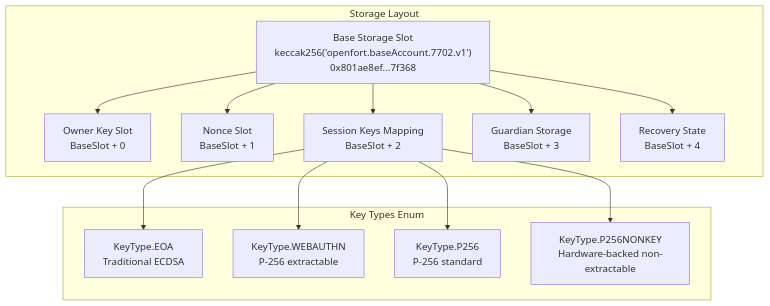
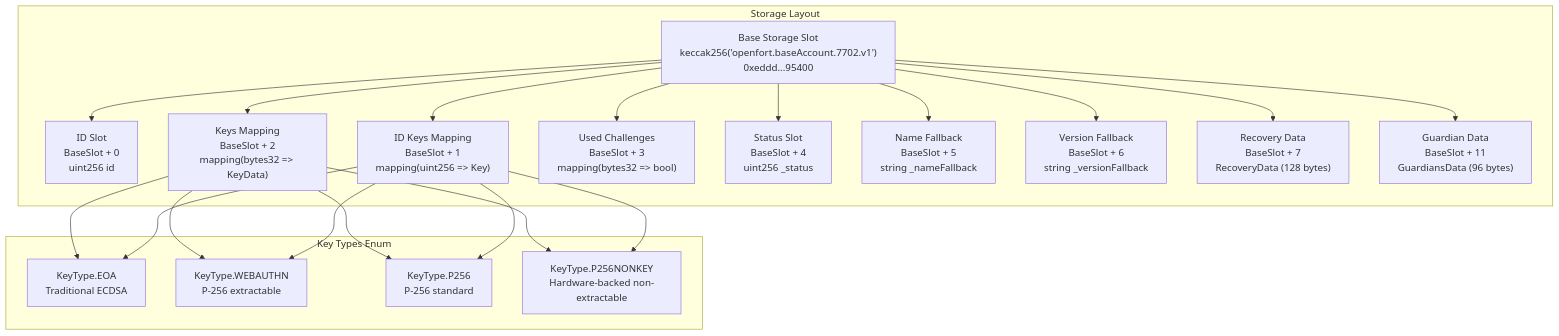
The second of 2 diagrams in docs/Architecture.md (openfort-xyz/openfort-7702-account), drawn with Mermaid before and after one commit. The commit also changed other lines of this file, not shown here.

Commit message:
(docs): Smart Contract Components

````diff
--- a/docs/Architecture.md
+++ b/docs/Architecture.md
@@ -288,32 +295,45 @@
 ```mermaid
 flowchart TD
     subgraph "Storage Layout"
-        BaseSlot["Base Storage Slot<br/>keccak256('openfort.baseAccount.7702.v1')<br/>0x801ae8ef...7f368"]
+        BaseSlot["Base Storage Slot<br/>keccak256('openfort.baseAccount.7702.v1')<br/>0xeddd...95400"]
         
-        OwnerSlot["Owner Key Slot<br/>BaseSlot + 0"]
-        NonceSlot["Nonce Slot<br/>BaseSlot + 1"]
-        SessionKeysSlot["Session Keys Mapping<br/>BaseSlot + 2"]
-        GuardianSlot["Guardian Storage<br/>BaseSlot + 3"]
-        RecoverySlot["Recovery State<br/>BaseSlot + 4"]
+        IdSlot["ID Slot<br/>BaseSlot + 0<br/>uint256 id"]
+        IdKeysSlot["ID Keys Mapping<br/>BaseSlot + 1<br/>mapping(uint256 => Key)"]
+        KeysSlot["Keys Mapping<br/>BaseSlot + 2<br/>mapping(bytes32 => KeyData)"]
+        ChallengesSlot["Used Challenges<br/>BaseSlot + 3<br/>mapping(bytes32 => bool)"]
+        StatusSlot["Status Slot<br/>BaseSlot + 4<br/>uint256 _status"]
+        NameSlot["Name Fallback<br/>BaseSlot + 5<br/>string _nameFallback"]
+        VersionSlot["Version Fallback<br/>BaseSlot + 6<br/>string _versionFallback"]
+        RecoverySlot["Recovery Data<br/>BaseSlot + 7<br/>RecoveryData (128 bytes)"]
+        GuardianSlot["Guardian Data<br/>BaseSlot + 11<br/>GuardiansData (96 bytes)"]
     end
     
     subgraph "Key Types Enum"
         EOAType["KeyType.EOA<br/>Traditional ECDSA"]
         WebAuthnType["KeyType.WEBAUTHN<br/>P-256 extractable"]
         P256Type["KeyType.P256<br/>P-256 standard"]
         P256NonKeyType["KeyType.P256NONKEY<br/>Hardware-backed non-extractable"]
     end
 
     %% Storage slot connections
-    BaseSlot --> OwnerSlot
-    BaseSlot --> NonceSlot
-    BaseSlot --> SessionKeysSlot
+    BaseSlot --> IdSlot
+    BaseSlot --> IdKeysSlot
+    BaseSlot --> KeysSlot
+    BaseSlot --> ChallengesSlot
+    BaseSlot --> StatusSlot
+    BaseSlot --> NameSlot
+    BaseSlot --> VersionSlot
+    BaseSlot --> RecoverySlot
     BaseSlot --> GuardianSlot
-    BaseSlot --> RecoverySlot
     
-    %% Session keys to key types
-    SessionKeysSlot --> EOAType
-    SessionKeysSlot --> WebAuthnType
-    SessionKeysSlot --> P256Type
-    SessionKeysSlot --> P256NonKeyType
+    %% Key mappings to key types
+    KeysSlot --> EOAType
+    KeysSlot --> WebAuthnType
+    KeysSlot --> P256Type
+    KeysSlot --> P256NonKeyType
+    
+    IdKeysSlot --> EOAType
+    IdKeysSlot --> WebAuthnType
+    IdKeysSlot --> P256Type
+    IdKeysSlot --> P256NonKeyType
 ```
````
